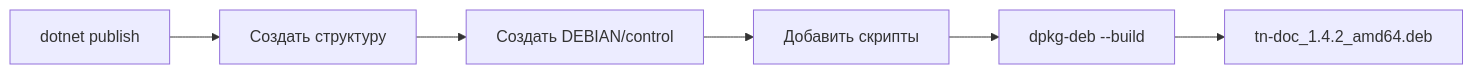
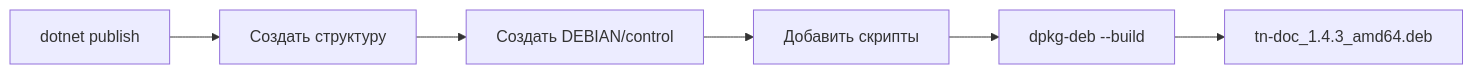
Before and after one commit to tn-ivk/tn-doc: the second of 2 diagrams in docs/development/building.md, drawn with Mermaid. The commit also changed other lines of this file and 6 other files, not shown here.

````diff
--- a/docs/development/building.md
+++ b/docs/development/building.md
@@ -164,8 +164,8 @@
 ```mermaid
 flowchart LR
     Publish[dotnet publish] --> Structure[Создать структуру]
     Structure --> Control[Создать DEBIAN/control]
     Control --> Scripts[Добавить скрипты]
     Scripts --> Build[dpkg-deb --build]
-    Build --> DEB[tn-doc_1.4.2_amd64.deb]
+    Build --> DEB[tn-doc_1.4.3_amd64.deb]
 ```
````
